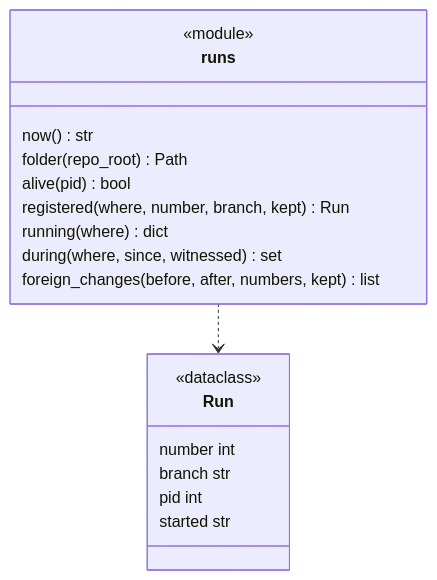
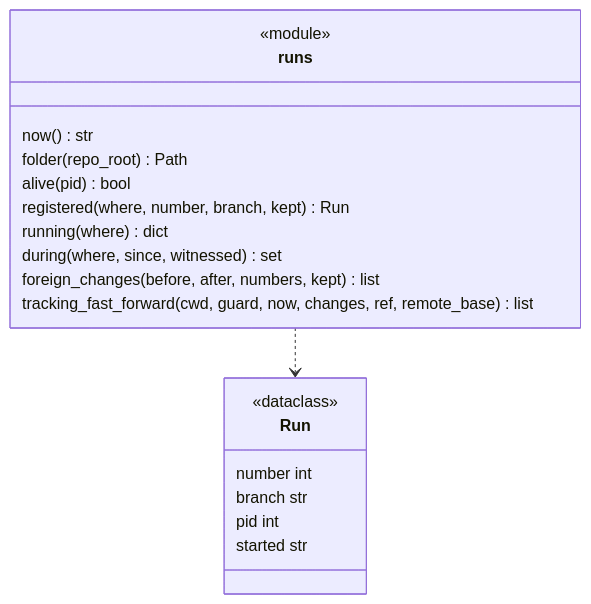
Before and after one commit to plaplanche/ariane: the second of 3 diagrams in docs/architecture/modules/runs.md, drawn with Mermaid. The commit also changed other lines of this file and 9 other files, not shown here.

Commit message:
#222: Guard: tolerate a fast-forward of the base's tracking ref, so tickets can run back to back while pull requests are merged (C11)

````diff
--- a/docs/architecture/modules/runs.md
+++ b/docs/architecture/modules/runs.md
@@ -52,21 +55,22 @@
 ```mermaid
 classDiagram
 class Run {
   <<dataclass>>
   number int
   branch str
   pid int
   started str
 }
 class runs {
   <<module>>
   now() str
   folder(repo_root) Path
   alive(pid) bool
   registered(where, number, branch, kept) Run
   running(where) dict
   during(where, since, witnessed) set
   foreign_changes(before, after, numbers, kept) list
+  tracking_fast_forward(cwd, guard, now, changes, ref, remote_base) list
 }
 runs ..> Run
 ```
````
